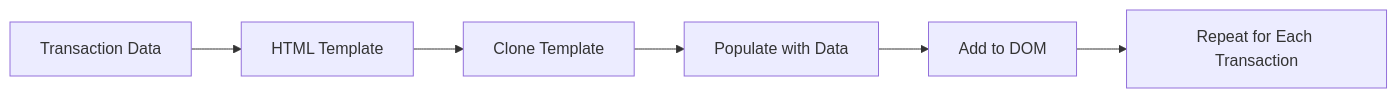
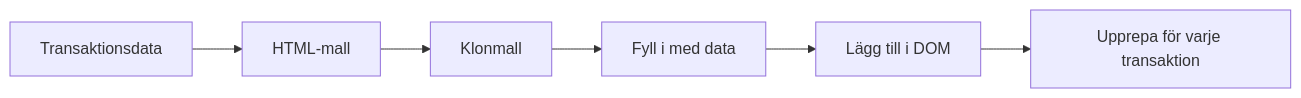
One commit to microsoft/Web-Dev-For-Beginners changed the tenth of 11 diagrams in translations/sv/7-bank-project/3-data/README.md. Above: the diagram before and after it, drawn with Mermaid. The commit also changed other lines of this file and 99 other files, not shown here.

````diff
--- a/translations/sv/7-bank-project/3-data/README.md
+++ b/translations/sv/7-bank-project/3-data/README.md
@@ -588,8 +742,8 @@
 ```mermaid
 flowchart LR
-    A[Transaction Data] --> B[HTML Template]
-    B --> C[Clone Template]
-    C --> D[Populate with Data]
-    D --> E[Add to DOM]
-    E --> F[Repeat for Each Transaction]
+    A[Transaktionsdata] --> B[HTML-mall]
+    B --> C[Klonmall]
+    C --> D[Fyll i med data]
+    D --> E[Lägg till i DOM]
+    E --> F[Upprepa för varje transaktion]
 ```
````
